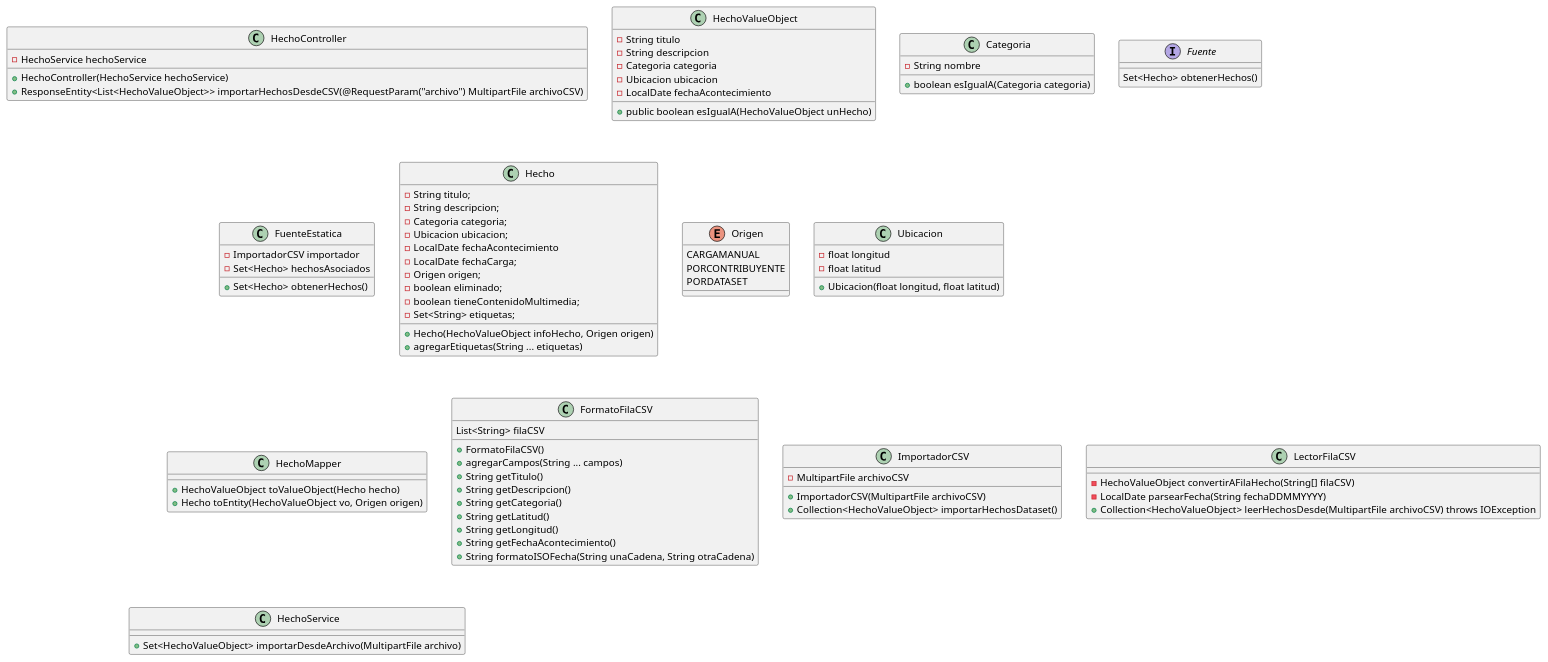
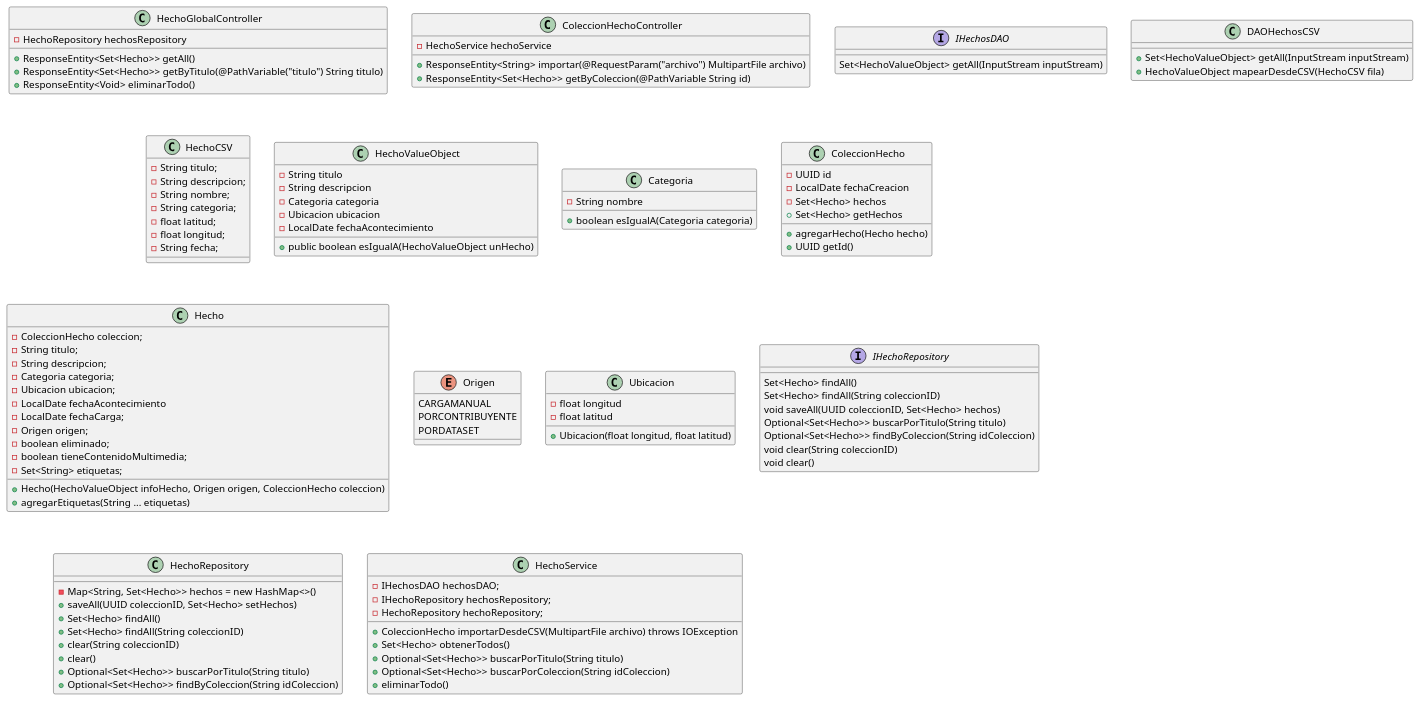
The diagram in entregables/entrega-2/DiagramaDeClases.puml (valenap-utn/metamapa-utn-2025), drawn with PlantUML before and after one commit.

Commit message:
Diagrama de Clases para servicioFuenteEstatica arreglado

```diff
--- a/entregables/entrega-2/DiagramaDeClases.puml
+++ b/entregables/entrega-2/DiagramaDeClases.puml
@@ -1,101 +1,125 @@
 @startuml
 'https://plantuml.com/class-diagram
 
 'CONTROLLERS
-class HechoController {
+class HechoGlobalController {
+    - HechoRepository hechosRepository
+    + ResponseEntity<Set<Hecho>> getAll()
+    + ResponseEntity<Set<Hecho>> getByTitulo(@PathVariable("titulo") String titulo)
+    + ResponseEntity<Void> eliminarTodo()
+}
+
+class ColeccionHechoController {
     - HechoService hechoService
-    + HechoController(HechoService hechoService)
-    + ResponseEntity<List<HechoValueObject>> importarHechosDesdeCSV(@RequestParam("archivo") MultipartFile archivoCSV)
+    + ResponseEntity<String> importar(@RequestParam("archivo") MultipartFile archivo)
+    + ResponseEntity<Set<Hecho>> getByColeccion(@PathVariable String id)
+}
+
+'DAOS
+interface IHechosDAO {
+    Set<HechoValueObject> getAll(InputStream inputStream)
+}
+
+class DAOHechosCSV {
+    + Set<HechoValueObject> getAll(InputStream inputStream)
+    + HechoValueObject mapearDesdeCSV(HechoCSV fila)
+}
+
+class HechoCSV {
+    - String titulo;
+    - String descripcion;
+    - String nombre;
+    - String categoria;
+    - float latitud;
+    - float longitud;
+    - String fecha;
 }
 
 'DTOS
 class HechoValueObject {
     - String titulo
     - String descripcion
     - Categoria categoria
     - Ubicacion ubicacion
     - LocalDate fechaAcontecimiento
     + public boolean esIgualA(HechoValueObject unHecho)
 }
 
 'ENTITIES
 class Categoria {
     - String nombre
     + boolean esIgualA(Categoria categoria)
 }
 
-interface Fuente {
-    Set<Hecho> obtenerHechos()
-}
-
-class FuenteEstatica {
-    - ImportadorCSV importador
-    - Set<Hecho> hechosAsociados
-    + Set<Hecho> obtenerHechos()
+class ColeccionHecho {
+    - UUID id
+    - LocalDate fechaCreacion
+    - Set<Hecho> hechos
+    + agregarHecho(Hecho hecho)
+    + UUID getId()
+    + Set<Hecho> getHechos
 }
 
 class Hecho {
+    - ColeccionHecho coleccion;
     - String titulo;
     - String descripcion;
     - Categoria categoria;
     - Ubicacion ubicacion;
     - LocalDate fechaAcontecimiento
     - LocalDate fechaCarga;
     - Origen origen;
     - boolean eliminado;
     - boolean tieneContenidoMultimedia;
     - Set<String> etiquetas;
-    + Hecho(HechoValueObject infoHecho, Origen origen)
+    + Hecho(HechoValueObject infoHecho, Origen origen, ColeccionHecho coleccion)
     + agregarEtiquetas(String ... etiquetas)
 }
 
 enum Origen {
     CARGAMANUAL
     PORCONTRIBUYENTE
     PORDATASET
 }
 
 class Ubicacion {
     - float longitud
     - float latitud
     + Ubicacion(float longitud, float latitud)
 }
 
-'MAPPERS
-class HechoMapper {
-    + HechoValueObject toValueObject(Hecho hecho)
-    + Hecho toEntity(HechoValueObject vo, Origen origen)
+'REPOSITORIES
+interface IHechoRepository {
+    Set<Hecho> findAll()
+    Set<Hecho> findAll(String coleccionID)
+    void saveAll(UUID coleccionID, Set<Hecho> hechos)
+    Optional<Set<Hecho>> buscarPorTitulo(String titulo)
+    Optional<Set<Hecho>> findByColeccion(String idColeccion)
+    void clear(String coleccionID)
+    void clear()
 }
 
-'REPOSITORIES
-class FormatoFilaCSV {
-    List<String> filaCSV
-    + FormatoFilaCSV()
-    + agregarCampos(String ... campos)
-    + String getTitulo()
-    + String getDescripcion()
-    + String getCategoria()
-    + String getLatitud()
-    + String getLongitud()
-    + String getFechaAcontecimiento()
-    + String formatoISOFecha(String unaCadena, String otraCadena)
-}
-
-class ImportadorCSV {
-    - MultipartFile archivoCSV
-    + ImportadorCSV(MultipartFile archivoCSV)
-    + Collection<HechoValueObject> importarHechosDataset()
-}
-
-class LectorFilaCSV {
-    - HechoValueObject convertirAFilaHecho(String[] filaCSV)
-    - LocalDate parsearFecha(String fechaDDMMYYYY)
-    + Collection<HechoValueObject> leerHechosDesde(MultipartFile archivoCSV) throws IOException
+class HechoRepository {
+    - Map<String, Set<Hecho>> hechos = new HashMap<>()
+    + saveAll(UUID coleccionID, Set<Hecho> setHechos)
+    + Set<Hecho> findAll()
+    + Set<Hecho> findAll(String coleccionID)
+    + clear(String coleccionID)
+    + clear()
+    + Optional<Set<Hecho>> buscarPorTitulo(String titulo)
+    + Optional<Set<Hecho>> findByColeccion(String idColeccion)
 }
 
 'SERVICIES
 class HechoService {
-    + Set<HechoValueObject> importarDesdeArchivo(MultipartFile archivo)
+    - IHechosDAO hechosDAO;
+    - IHechoRepository hechosRepository;
+    - HechoRepository hechoRepository;
+    + ColeccionHecho importarDesdeCSV(MultipartFile archivo) throws IOException
+    + Set<Hecho> obtenerTodos()
+    + Optional<Set<Hecho>> buscarPorTitulo(String titulo)
+    + Optional<Set<Hecho>> buscarPorColeccion(String idColeccion)
+    + eliminarTodo()
 }
 
 @enduml
```
